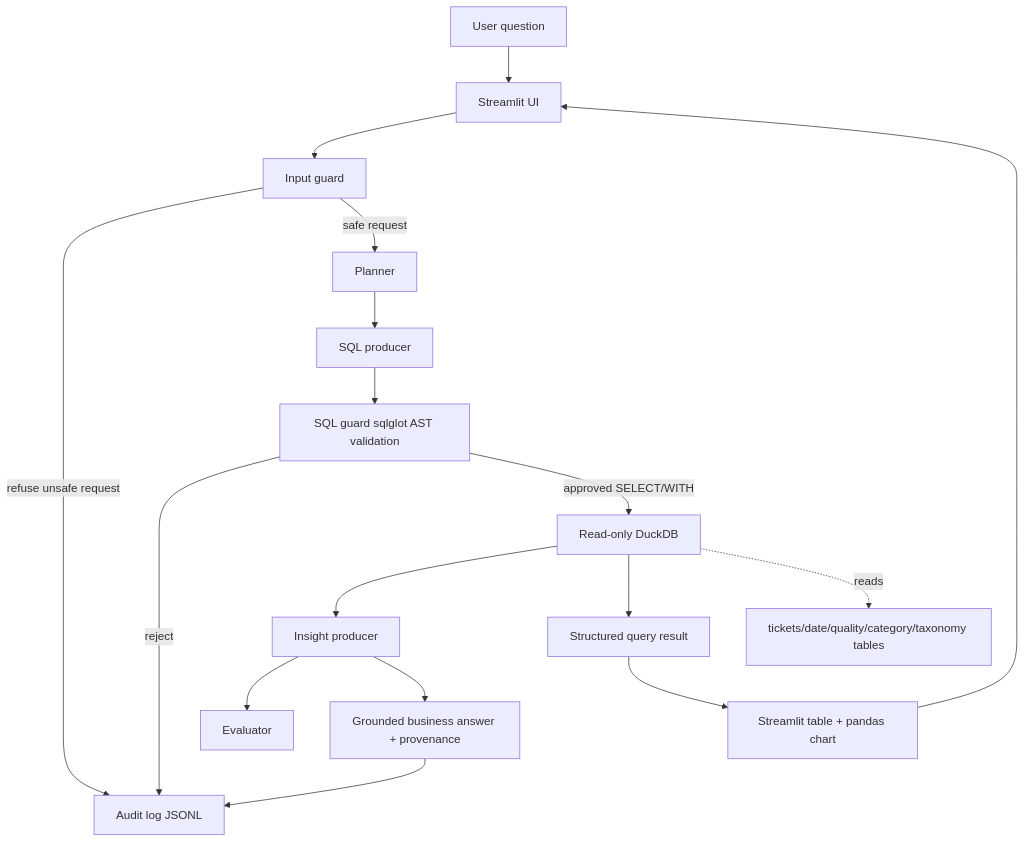
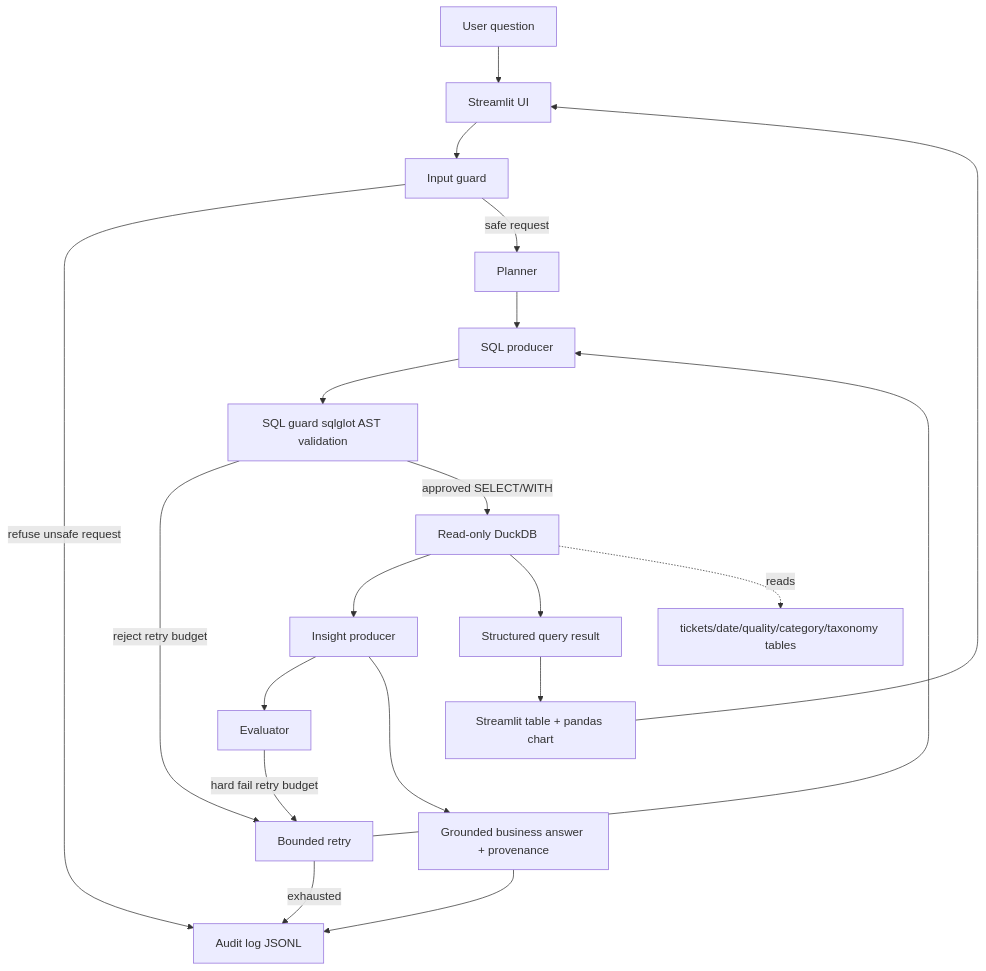
One commit to penguinboy1108/Halo-IT-Data-AI-assessment changed the first of 4 diagrams in design.md. Above: the diagram before and after it, drawn with Mermaid. The commit also changed other lines of this file and 45 other files, not shown here.

````diff
--- a/design.md
+++ b/design.md
@@ -12,19 +23,22 @@
 ```mermaid
 flowchart TD
     A["User question"] --> B["Streamlit UI"]
     B --> C["Input guard"]
     C -->|refuse unsafe request| L["Audit log JSONL"]
     C -->|safe request| D["Planner"]
     D --> E["SQL producer"]
     E --> F["SQL guard sqlglot AST validation"]
-    F -->|reject| L
+    F -->|reject retry budget| O["Bounded retry"]
+    O --> E
+    O -->|exhausted| L
     F -->|approved SELECT/WITH| G["Read-only DuckDB"]
     G --> H["Insight producer"]
     H --> I["Evaluator"]
+    I -->|hard fail retry budget| O
     G --> M["Structured query result"]
     H --> J["Grounded business answer + provenance"]
     M --> N["Streamlit table + pandas chart"]
     J --> L
     N --> B
     G -. reads .-> K["tickets/date/quality/category/taxonomy tables"]
 ```
````
